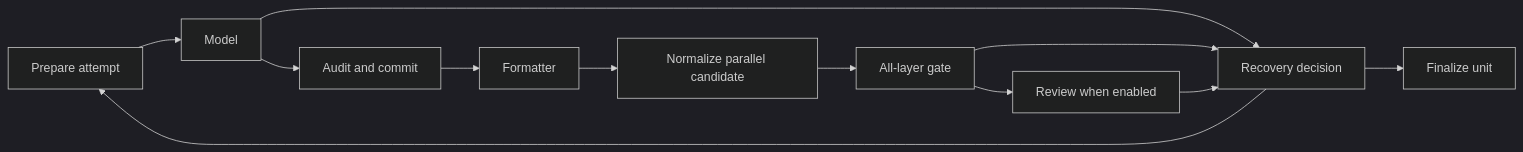
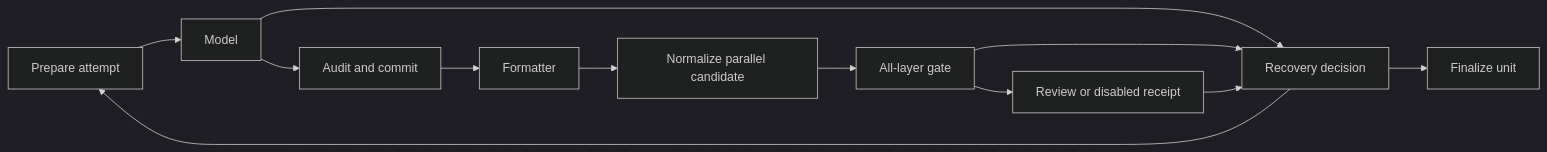
The first of 2 diagrams in docs/heavy-prd-run-context.md (smith-and-web/blacksmith), drawn with Mermaid (dark theme) before and after one commit. The commit also changed other lines of this file and 48 other files, not shown here.

````diff
--- a/docs/heavy-prd-run-context.md
+++ b/docs/heavy-prd-run-context.md
@@ -213,14 +215,14 @@
 ```mermaid
 flowchart LR
     P[Prepare attempt] --> M[Model]
     M --> C[Audit and commit]
     M --> D[Recovery decision]
     C --> F[Formatter]
     F --> N[Normalize parallel candidate]
     N --> G[All-layer gate]
-    G --> R[Review when enabled]
+    G --> R[Review or disabled receipt]
     G --> D
     R --> D
     D --> P
     D --> E[Finalize unit]
 ```
````
